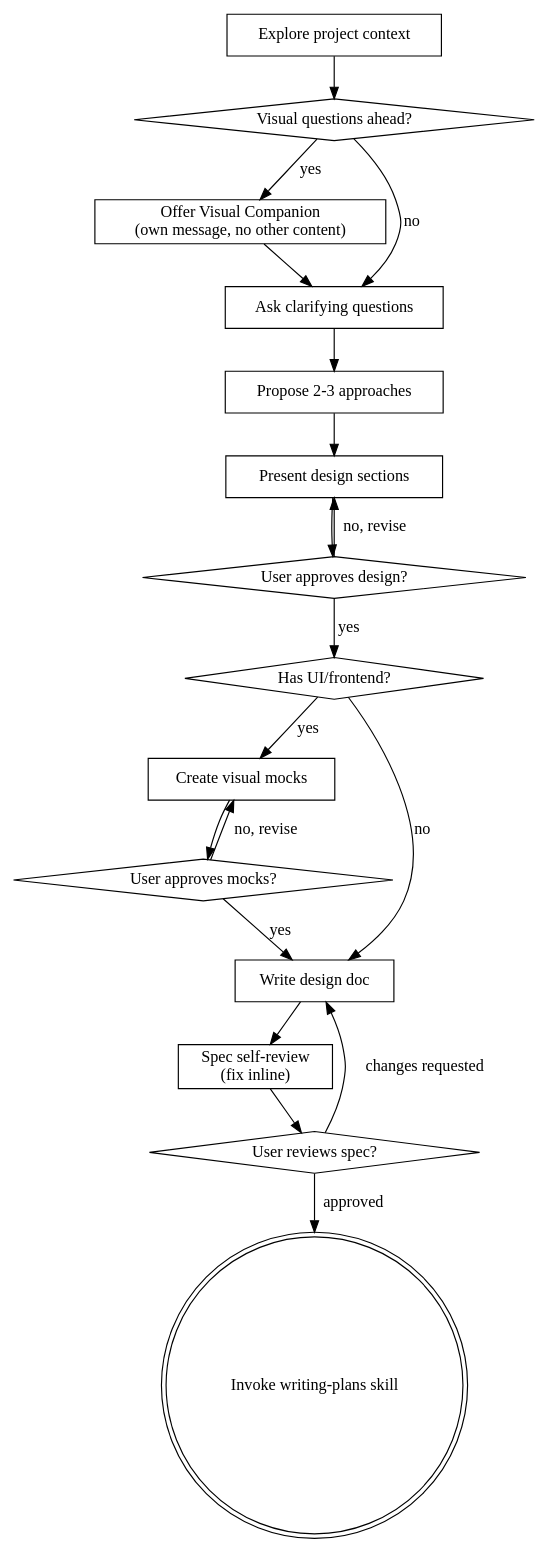
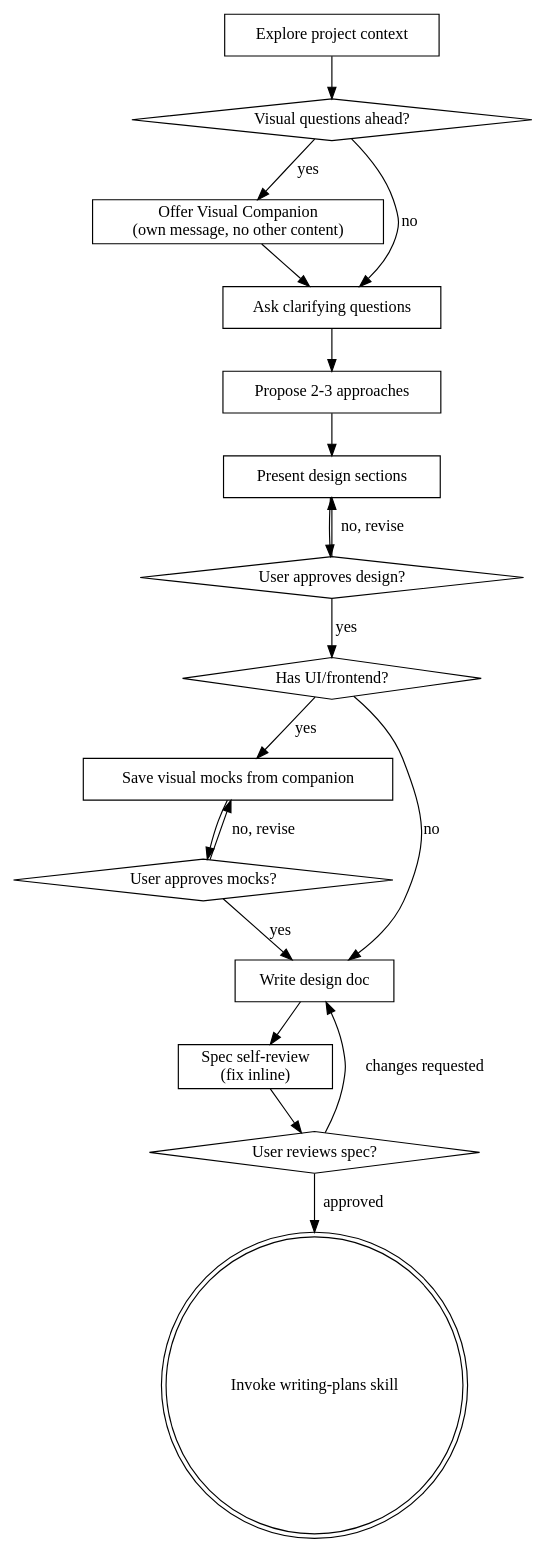
The diagram in skills/brainstorming/SKILL.md (ivomiyashiro/ivos-skills), drawn with Graphviz before and after one commit. The commit also changed other lines of this file and 18 other files, not shown here.

Commit message:
refact(brainstorm): remove superpowers naming, use brainstorm/ folder, and update visual mocks flow

````diff
--- a/skills/brainstorming/SKILL.md
+++ b/skills/brainstorming/SKILL.md
@@ -37,37 +37,37 @@
 ```dot
 digraph brainstorming {
     "Explore project context" [shape=box];
     "Visual questions ahead?" [shape=diamond];
     "Offer Visual Companion\n(own message, no other content)" [shape=box];
     "Ask clarifying questions" [shape=box];
     "Propose 2-3 approaches" [shape=box];
     "Present design sections" [shape=box];
     "User approves design?" [shape=diamond];
     "Has UI/frontend?" [shape=diamond];
-    "Create visual mocks" [shape=box];
+    "Save visual mocks from companion" [shape=box];
     "User approves mocks?" [shape=diamond];
     "Write design doc" [shape=box];
     "Spec self-review\n(fix inline)" [shape=box];
     "User reviews spec?" [shape=diamond];
     "Invoke writing-plans skill" [shape=doublecircle];
 
     "Explore project context" -> "Visual questions ahead?";
     "Visual questions ahead?" -> "Offer Visual Companion\n(own message, no other content)" [label="yes"];
     "Visual questions ahead?" -> "Ask clarifying questions" [label="no"];
     "Offer Visual Companion\n(own message, no other content)" -> "Ask clarifying questions";
     "Ask clarifying questions" -> "Propose 2-3 approaches";
     "Propose 2-3 approaches" -> "Present design sections";
     "Present design sections" -> "User approves design?";
     "User approves design?" -> "Present design sections" [label="no, revise"];
     "User approves design?" -> "Has UI/frontend?" [label="yes"];
-    "Has UI/frontend?" -> "Create visual mocks" [label="yes"];
+    "Has UI/frontend?" -> "Save visual mocks from companion" [label="yes"];
     "Has UI/frontend?" -> "Write design doc" [label="no"];
-    "Create visual mocks" -> "User approves mocks?";
-    "User approves mocks?" -> "Create visual mocks" [label="no, revise"];
+    "Save visual mocks from companion" -> "User approves mocks?";
+    "User approves mocks?" -> "Save visual mocks from companion" [label="no, revise"];
     "User approves mocks?" -> "Write design doc" [label="yes"];
     "Write design doc" -> "Spec self-review\n(fix inline)";
     "Spec self-review\n(fix inline)" -> "User reviews spec?";
     "User reviews spec?" -> "Write design doc" [label="changes requested"];
     "User reviews spec?" -> "Invoke writing-plans skill" [label="approved"];
 }
 ```
````
